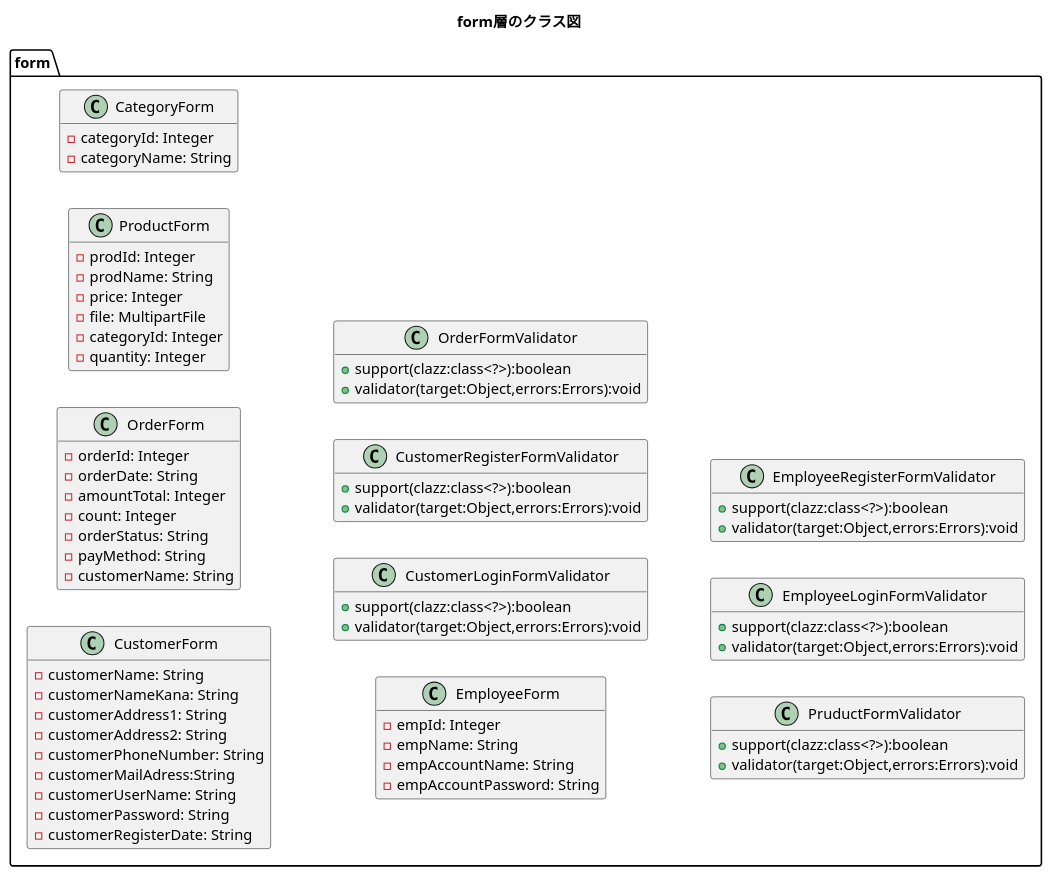
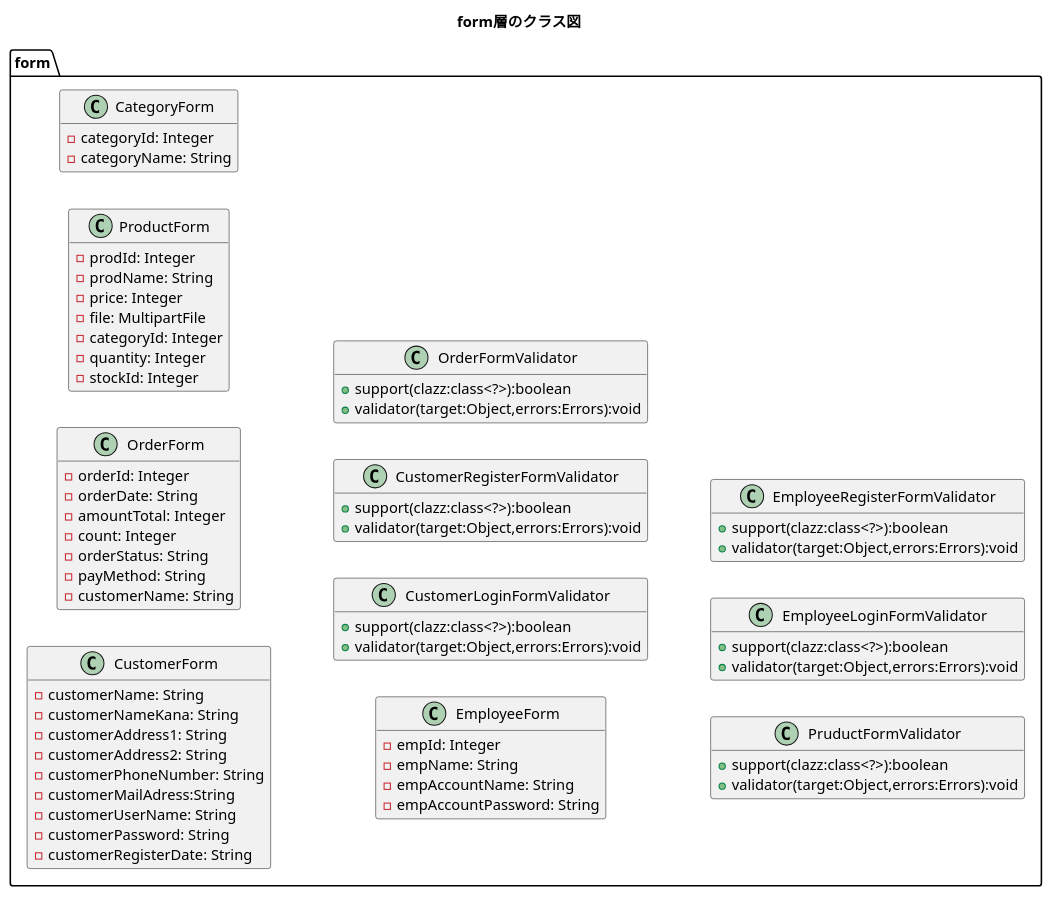
One commit to kanavii3333/ec-b changed the diagram in plan/uml/class/form.plantuml. Above: the diagram before and after it, drawn with PlantUML. The commit also changed 5 other files, not shown here.

```diff
--- a/plan/uml/class/form.plantuml
+++ b/plan/uml/class/form.plantuml
@@ -1,82 +1,83 @@
 @startuml
 title form層のクラス図
 hide empty members
 left to right direction
 
 package form{
 
     class CustomerForm{
         -customerName: String
         -customerNameKana: String
         -customerAddress1: String
         -customerAddress2: String
         -customerPhoneNumber: String
         -customerMailAdress:String
         -customerUserName: String
         -customerPassword: String
         -customerRegisterDate: String
     }
 
     class OrderForm{
         -orderId: Integer
         -orderDate: String
         -amountTotal: Integer
         -count: Integer
         -orderStatus: String
         -payMethod: String
         -customerName: String
     }
 
     class ProductForm{
         -prodId: Integer
         -prodName: String
         -price: Integer
         -file: MultipartFile
         -categoryId: Integer
         -quantity: Integer
+        -stockId: Integer
     }
     
     class CategoryForm{
         -categoryId: Integer
         -categoryName: String
     }
 	
 	
 	class EmployeeForm{
 		-empId: Integer
 		-empName: String
 		-empAccountName: String
         -empAccountPassword: String
 	}
     
     class CustomerLoginFormValidator{
 		+support(clazz:class<?>):boolean
 		+validator(target:Object,errors:Errors):void
     }
 
     class CustomerRegisterFormValidator{
 		+support(clazz:class<?>):boolean
 		+validator(target:Object,errors:Errors):void
     }
     
     class OrderFormValidator{
 		+support(clazz:class<?>):boolean
 		+validator(target:Object,errors:Errors):void
     }
     
     class PruductFormValidator{
 		+support(clazz:class<?>):boolean
 		+validator(target:Object,errors:Errors):void
     }
     
     class EmployeeLoginFormValidator{
 		+support(clazz:class<?>):boolean
 		+validator(target:Object,errors:Errors):void
     }
 
     class EmployeeRegisterFormValidator{
 		+support(clazz:class<?>):boolean
 		+validator(target:Object,errors:Errors):void
     }
 }
 @enduml
```
